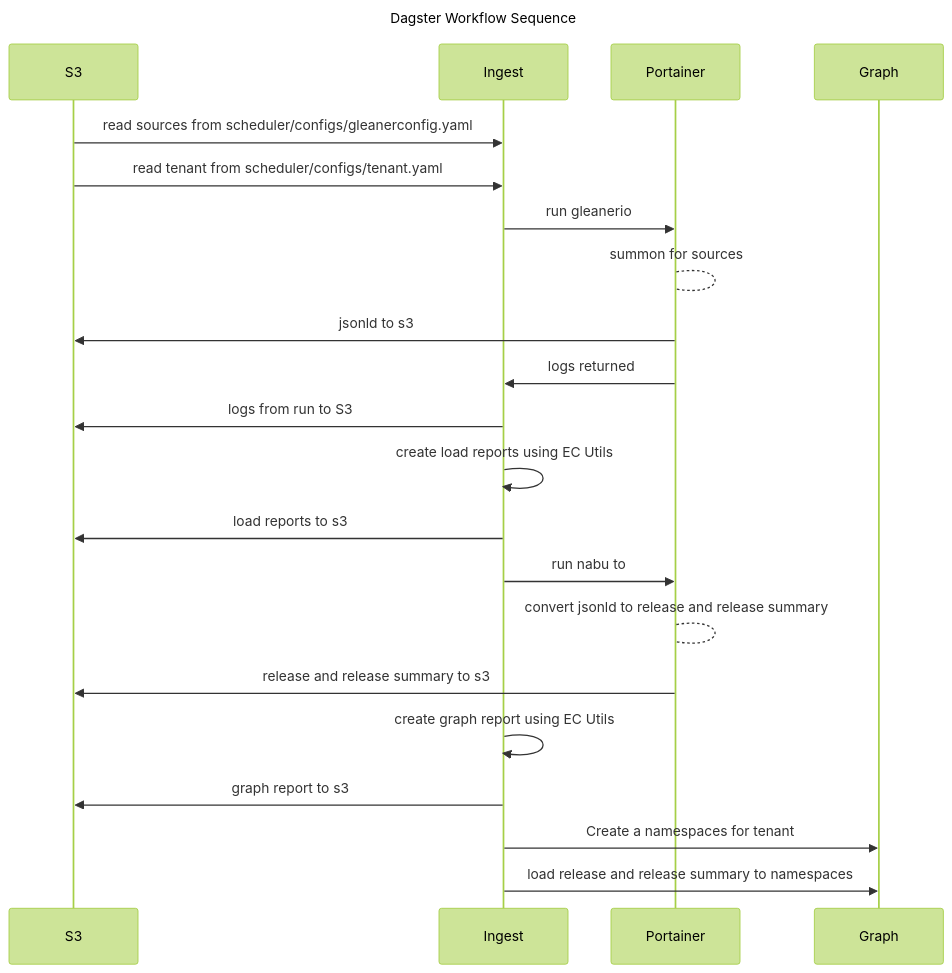
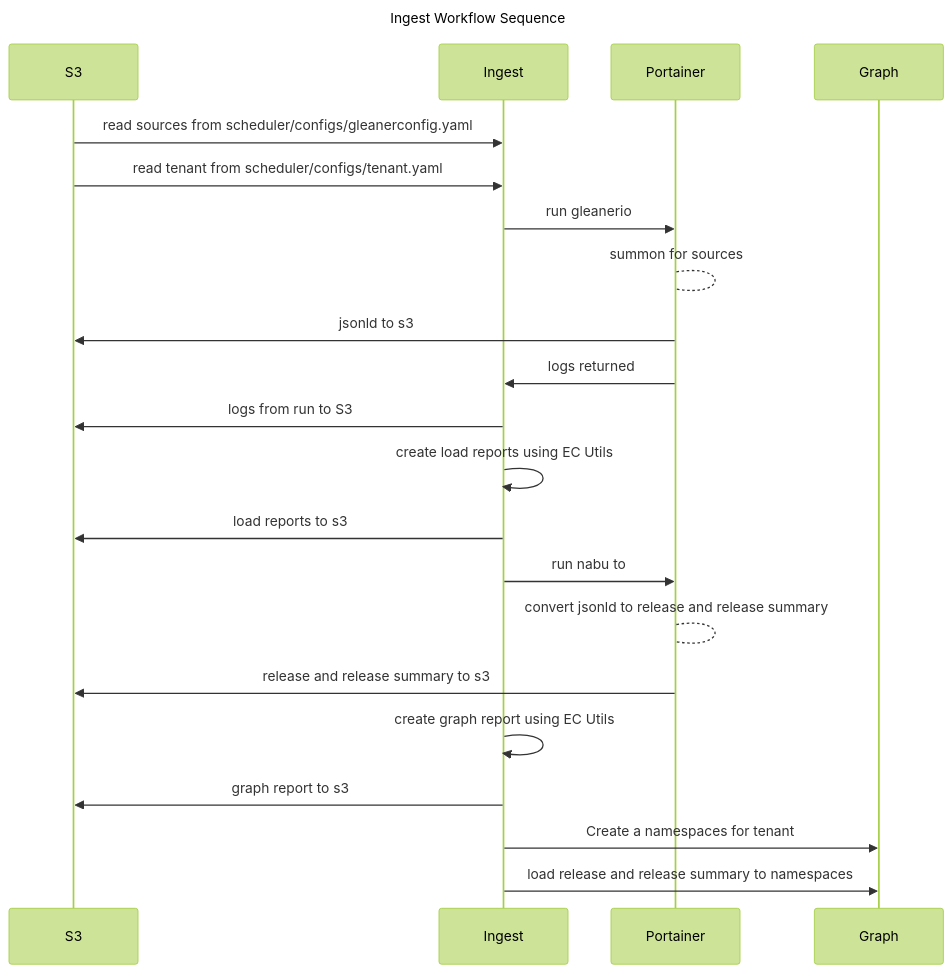
Before and after one commit to earthcube/scheduler: the first of 3 diagrams in docs/README.md, drawn with Mermaid (forest theme). The commit also changed other lines of this file and 1 other file, not shown here.

````diff
--- a/docs/README.md
+++ b/docs/README.md
@@ -33,26 +41,26 @@
 ```mermaid
 ---
-title: Dagster Workflow Sequence
+title: Ingest Workflow Sequence
 ---
 sequenceDiagram
     participant S3
     participant Ingest
     participant Portainer
     participant Graph
     S3->>Ingest: read sources from scheduler/configs/gleanerconfig.yaml
     S3->>Ingest: read tenant from scheduler/configs/tenant.yaml
     Ingest->>Portainer: run gleanerio 
     Portainer-->Portainer: summon for sources
     Portainer->>S3: jsonld  to s3
     Portainer->>Ingest:  logs returned
     Ingest->>S3: logs from run to S3
     Ingest->>Ingest: create load reports using EC Utils
     Ingest->>S3: load reports  to s3
     Ingest->>Portainer: run nabu  to 
     Portainer-->Portainer: convert jsonld  to release and release summary
     Portainer->>S3: release and release summary  to s3
     Ingest->>Ingest: create graph report using EC Utils
     Ingest->>S3: graph report  to s3
     Ingest->>Graph: Create a namespaces for tenant
     Ingest->>Graph: load release and release summary to namespaces
 ```
````
